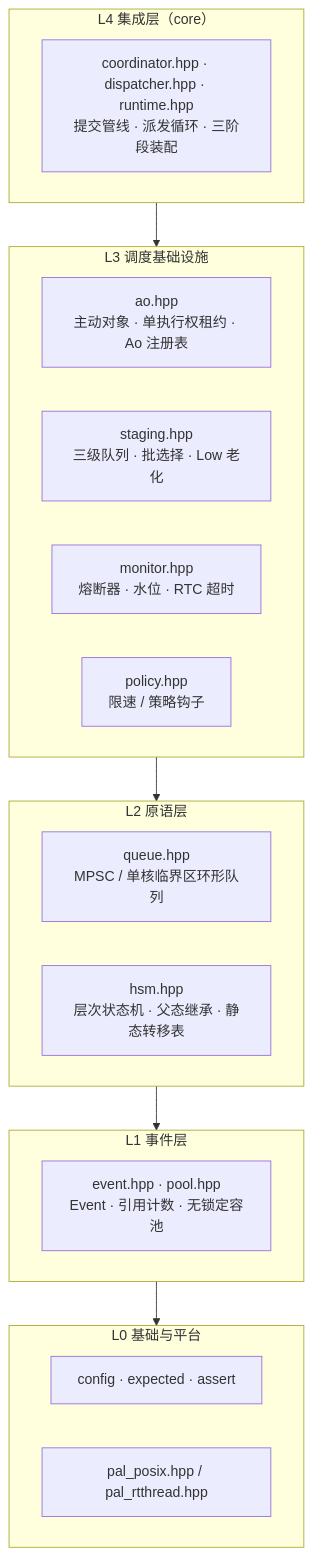
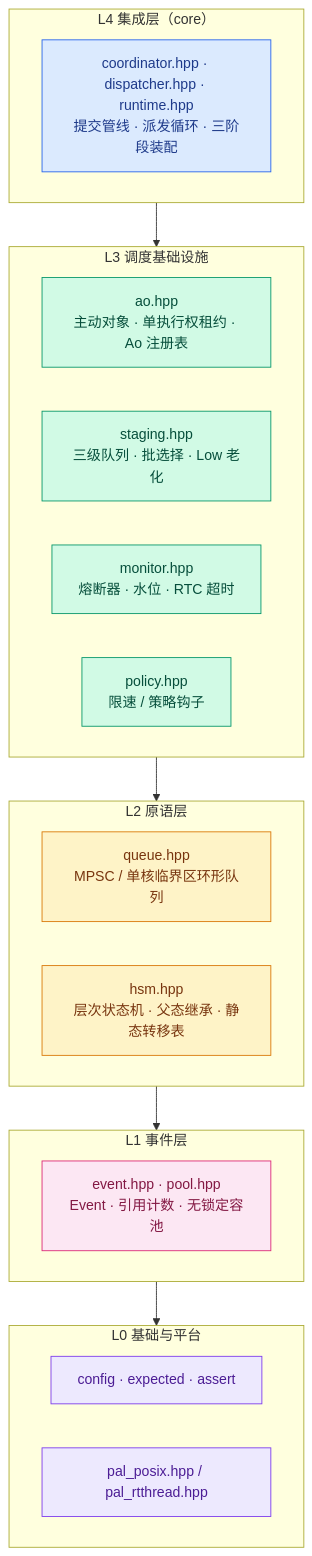
Before and after one commit to DeguiLiu/coact: the second of 3 diagrams in docs/blogs/07-design-and-usage-of-coact.md, drawn with Mermaid. The commit also changed other lines of this file and 5 other files, not shown here.

````diff
--- a/docs/blogs/07-design-and-usage-of-coact.md
+++ b/docs/blogs/07-design-and-usage-of-coact.md
@@ -91,32 +86,37 @@
 ```mermaid
 flowchart TD
     subgraph L4["L4 集成层（core）"]
-        core["coordinator.hpp · dispatcher.hpp · runtime.hpp<br/>提交管线 · 派发循环 · 三阶段装配"]
+        core["coordinator.hpp · dispatcher.hpp · runtime.hpp<br/>提交管线 · 派发循环 · 三阶段装配"]:::l4
     end
 
     subgraph L3["L3 调度基础设施"]
-        ao["ao.hpp<br/>主动对象 · 单执行权租约 · Ao 注册表"]
-        staging["staging.hpp<br/>三级队列 · 批选择 · Low 老化"]
-        monitor["monitor.hpp<br/>熔断器 · 水位 · RTC 超时"]
-        policy["policy.hpp<br/>限速 / 策略钩子"]
+        ao["ao.hpp<br/>主动对象 · 单执行权租约 · Ao 注册表"]:::l3
+        staging["staging.hpp<br/>三级队列 · 批选择 · Low 老化"]:::l3
+        monitor["monitor.hpp<br/>熔断器 · 水位 · RTC 超时"]:::l3
+        policy["policy.hpp<br/>限速 / 策略钩子"]:::l3
     end
 
     subgraph L2["L2 原语层"]
-        queue["queue.hpp<br/>MPSC / 单核临界区环形队列"]
-        hsm["hsm.hpp<br/>层次状态机 · 父态继承 · 静态转移表"]
+        queue["queue.hpp<br/>MPSC / 单核临界区环形队列"]:::l2
+        hsm["hsm.hpp<br/>层次状态机 · 父态继承 · 静态转移表"]:::l2
     end
 
     subgraph L1["L1 事件层"]
-        event["event.hpp · pool.hpp<br/>Event · 引用计数 · 无锁定容池"]
+        event["event.hpp · pool.hpp<br/>Event · 引用计数 · 无锁定容池"]:::l1
     end
 
     subgraph L0["L0 基础与平台"]
-        base["config · expected · assert"]
-        pal["pal_posix.hpp / pal_rtthread.hpp"]
+        base["config · expected · assert"]:::l0
+        pal["pal_posix.hpp / pal_rtthread.hpp"]:::l0
     end
 
     L4 --> L3
     L3 --> L2
     L2 --> L1
     L1 --> L0
+    classDef l4 fill:#dbeafe,stroke:#2563eb,color:#1e3a8a
+    classDef l3 fill:#d1fae5,stroke:#059669,color:#064e3b
+    classDef l2 fill:#fef3c7,stroke:#d97706,color:#78350f
+    classDef l1 fill:#fce7f3,stroke:#db2777,color:#831843
+    classDef l0 fill:#ede9fe,stroke:#7c3aed,color:#4c1d95
 ```
````
